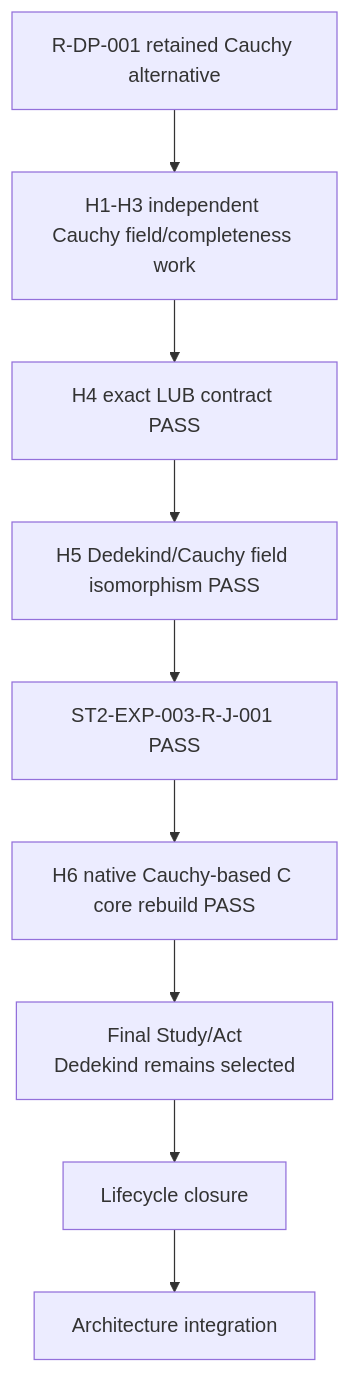
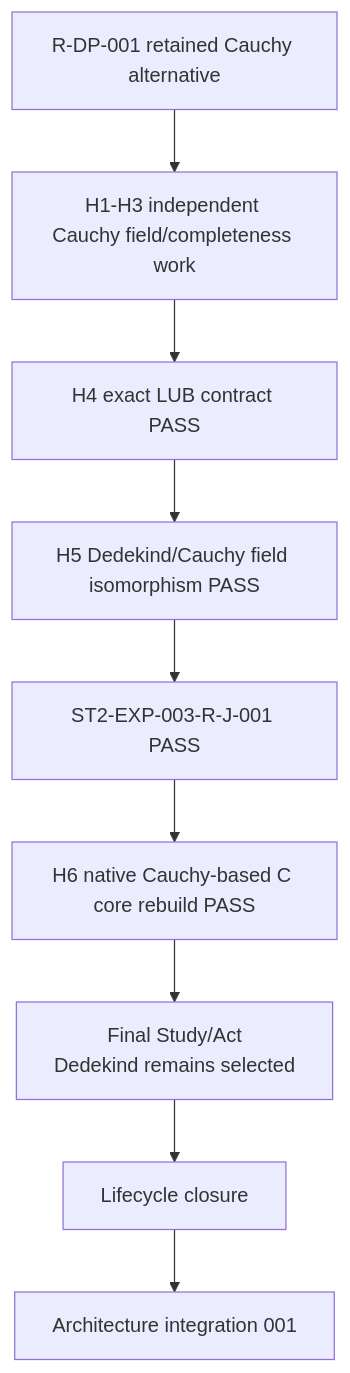
One commit to Scientifica-eng/BOMA changed the second of 3 diagrams in LAB/00_ARCHITECTURE/views/LEARNING_GRAPH_VIEW.md. Above: the diagram before and after it, drawn with Mermaid. The commit also changed other lines of this file, not shown here.

````diff
--- a/LAB/00_ARCHITECTURE/views/LEARNING_GRAPH_VIEW.md
+++ b/LAB/00_ARCHITECTURE/views/LEARNING_GRAPH_VIEW.md
@@ -206,13 +206,13 @@
 ```mermaid
 flowchart TD
   A[R-DP-001 retained Cauchy alternative]
   H1[H1-H3 independent Cauchy field/completeness work]
   H4[H4 exact LUB contract PASS]
   H5[H5 Dedekind/Cauchy field isomorphism PASS]
   J[ST2-EXP-003-R-J-001 PASS]
   H6[H6 native Cauchy-based C core rebuild PASS]
   S[Final Study/Act\nDedekind remains selected]
   CL[Lifecycle closure]
-  I[Architecture integration]
+  I[Architecture integration 001]
   A --> H1 --> H4 --> H5 --> J --> H6 --> S --> CL --> I
 ```
````
